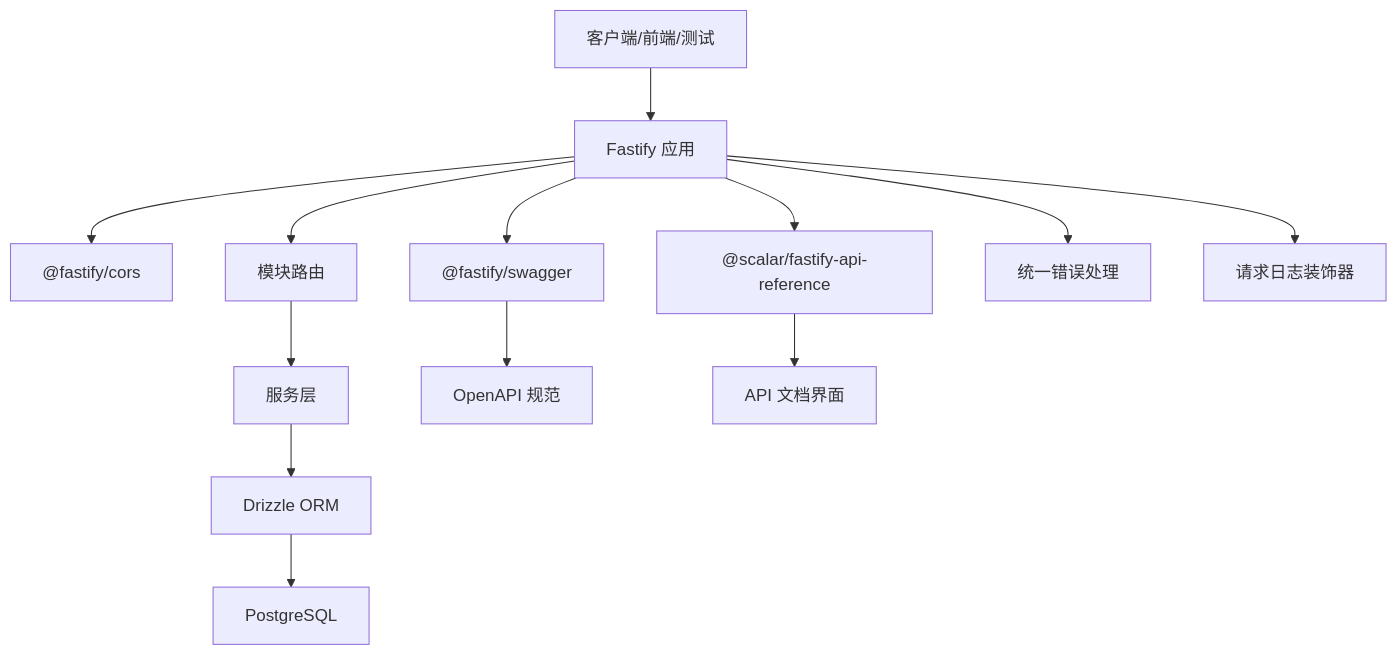
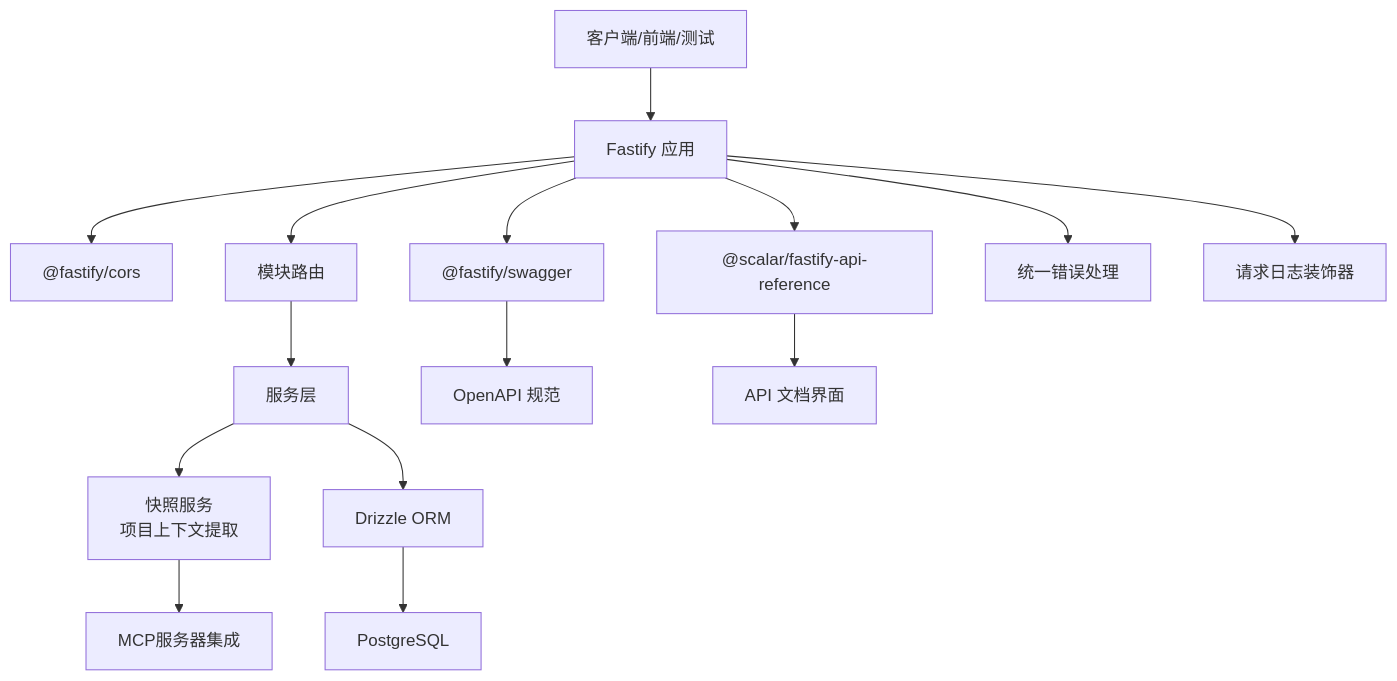
Before and after one commit to kai-cui1/ai-prototype-manager: the second of 12 diagrams in .qoder/repowiki/zh/content/后端开发/后端开发.md, drawn with Mermaid. The commit also changed other lines of this file and 295 other files, not shown here.

````diff
--- a/.qoder/repowiki/zh/content/后端开发/后端开发.md
+++ b/.qoder/repowiki/zh/content/后端开发/后端开发.md
@@ -137,15 +152,17 @@
 ```mermaid
 graph TB
 Client["客户端/前端/测试"] --> Fastify["Fastify 应用"]
 Fastify --> CORS["@fastify/cors"]
 Fastify --> Swagger["@fastify/swagger"]
 Fastify --> Scalar["@scalar/fastify-api-reference"]
 Fastify --> Routes["模块路由"]
 Fastify --> ErrorHandler["统一错误处理"]
 Fastify --> Logger["请求日志装饰器"]
 Routes --> Services["服务层"]
+Services --> SnapshotService["快照服务<br/>项目上下文提取"]
+SnapshotService --> MCP["MCP服务器集成"]
 Services --> Drizzle["Drizzle ORM"]
 Drizzle --> Postgres["PostgreSQL"]
 Swagger --> OpenAPI["OpenAPI 规范"]
 Scalar --> Docs["API 文档界面"]
 ```
````
